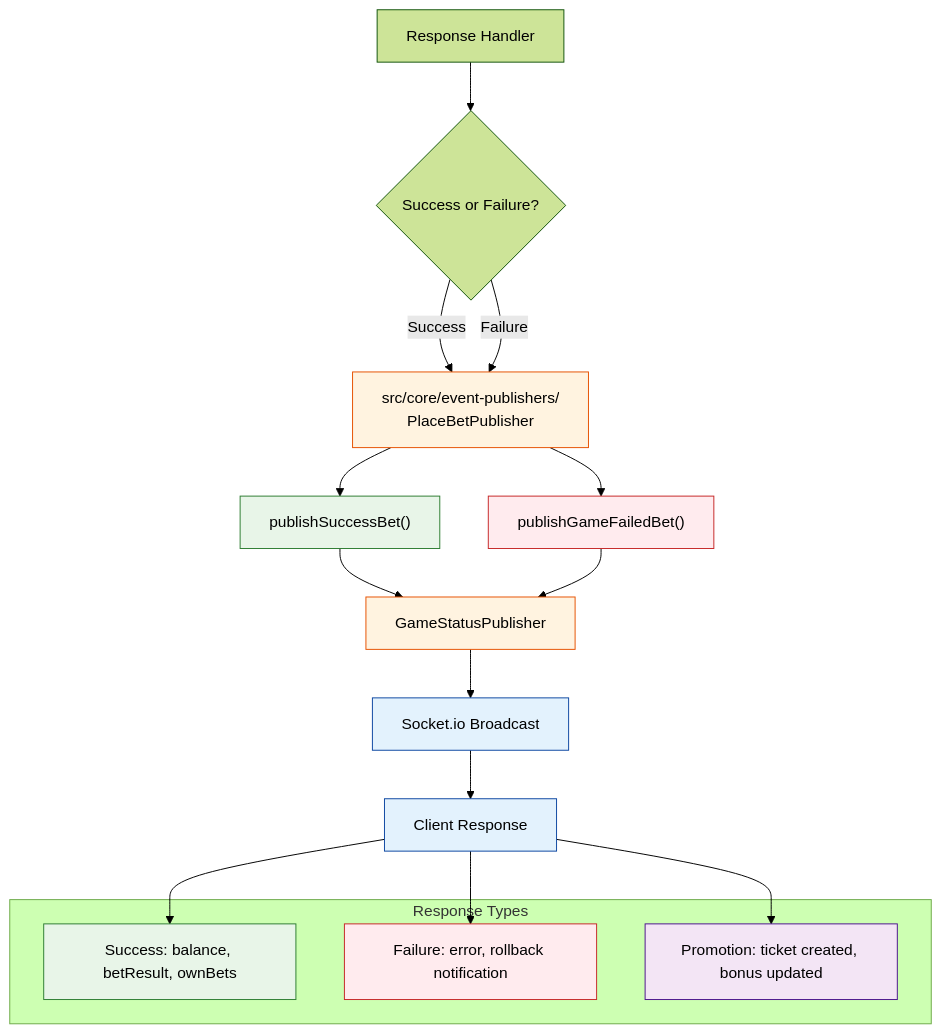
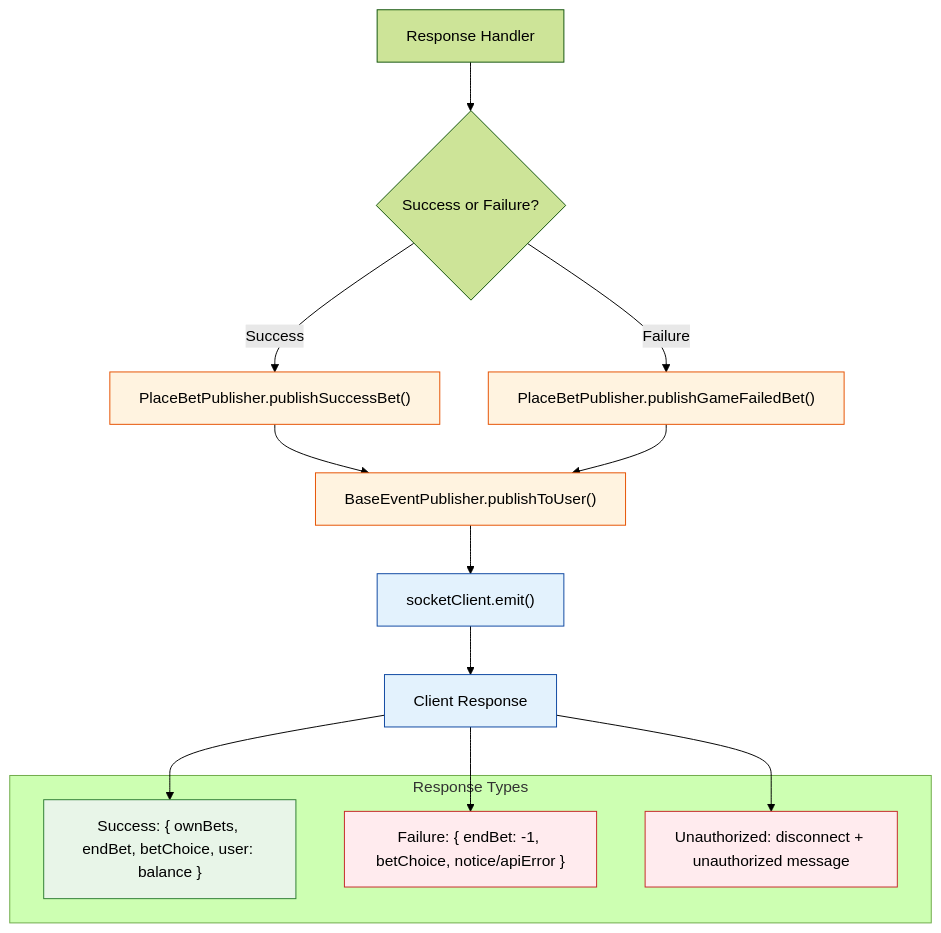
The sixth of 7 diagrams in diagrams/place-bet-flow-diagram.md (starixvn/l1_sc-packages_sc-game-base), drawn with Mermaid (forest theme) before and after one commit. The commit also changed other lines of this file and 2 other files, not shown here.

````diff
--- a/diagrams/place-bet-flow-diagram.md
+++ b/diagrams/place-bet-flow-diagram.md
@@ -214,38 +278,33 @@
 ```mermaid
 flowchart TD
     ResponseHandler["Response Handler"] --> CheckResult{"Success or Failure?"}
 
-    CheckResult -->|"Success"| PlaceBetPublisher["src/core/event-publishers/<br/>PlaceBetPublisher"]
-    CheckResult -->|"Failure"| PlaceBetPublisher
+    CheckResult -->|"Success"| PublishSuccess["PlaceBetPublisher.publishSuccessBet()"]
+    CheckResult -->|"Failure"| PublishFailure["PlaceBetPublisher.publishGameFailedBet()"]
 
-    PlaceBetPublisher --> PublishSuccess["publishSuccessBet()"]
-    PlaceBetPublisher --> PublishFailure["publishGameFailedBet()"]
+    PublishSuccess --> BasePublisher["BaseEventPublisher.publishToUser()"]
+    PublishFailure --> BasePublisher
 
-    PublishSuccess --> StatusPublisher["GameStatusPublisher"]
-    PublishFailure --> StatusPublisher
-
-    StatusPublisher --> SocketBroadcast["Socket.io Broadcast"]
-    SocketBroadcast --> ClientResponse["Client Response"]
+    BasePublisher --> SocketEmit["socketClient.emit()"]
+    SocketEmit --> ClientResponse["Client Response"]
 
     subgraph "Response Types"
-        SuccessResp["Success: balance, betResult, ownBets"]
-        FailureResp["Failure: error, rollback notification"]
-        PromotionResp["Promotion: ticket created, bonus updated"]
+        SuccessResp["Success: { ownBets, endBet, betChoice, user: balance }"]
+        FailureResp["Failure: { endBet: -1, betChoice, notice/apiError }"]
+        UnauthorizedResp["Unauthorized: disconnect + unauthorized message"]
     end
 
     ClientResponse --> SuccessResp
     ClientResponse --> FailureResp
-    ClientResponse --> PromotionResp
+    ClientResponse --> UnauthorizedResp
 
     classDef publisherStyle fill:#fff3e0,stroke:#e65100
     classDef responseStyle fill:#e3f2fd,stroke:#0d47a1
     classDef successStyle fill:#e8f5e8,stroke:#2e7d32
     classDef errorStyle fill:#ffebee,stroke:#c62828
-    classDef promotionStyle fill:#f3e5f5,stroke:#4a148c
 
-    class PlaceBetPublisher,StatusPublisher publisherStyle
-    class SocketBroadcast,ClientResponse responseStyle
-    class PublishSuccess,SuccessResp successStyle
-    class PublishFailure,FailureResp errorStyle
-    class PromotionResp promotionStyle
+    class PublishSuccess,PublishFailure,BasePublisher publisherStyle
+    class SocketEmit,ClientResponse responseStyle
+    class SuccessResp successStyle
+    class FailureResp,UnauthorizedResp errorStyle
 ```
````
